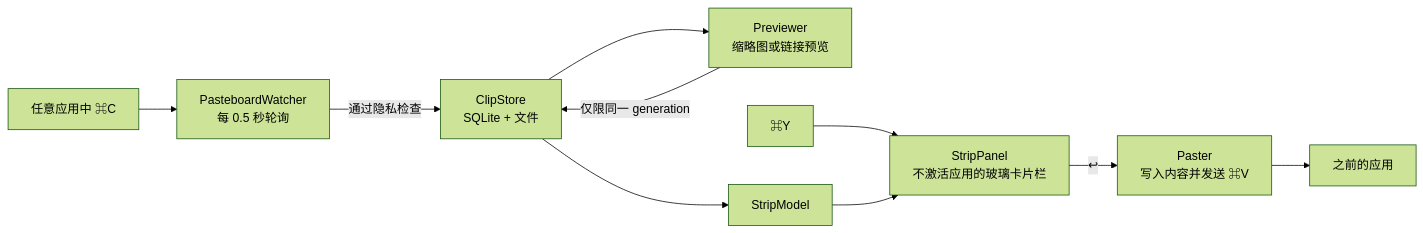
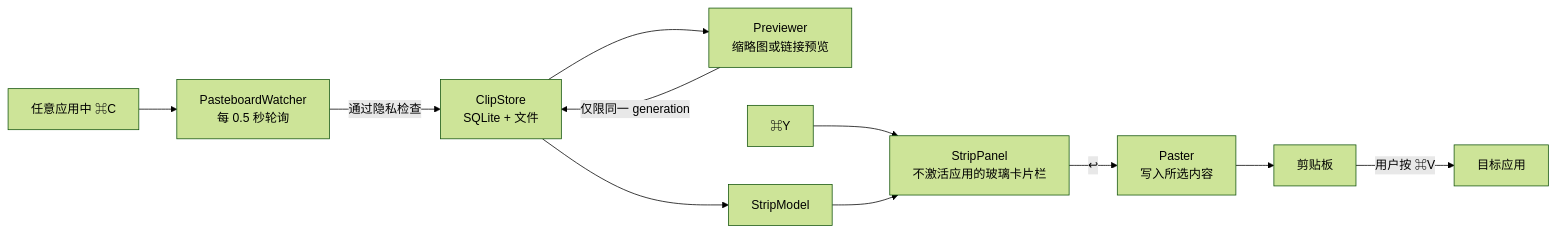
The diagram in wiki/Architecture-zh-CN.md (D0n9X1n/copia), drawn with Mermaid (forest theme) before and after one commit. The commit also changed other lines of this file and 90 other files, not shown here.

````diff
--- a/wiki/Architecture-zh-CN.md
+++ b/wiki/Architecture-zh-CN.md
@@ -18,12 +18,13 @@
 ```mermaid
 flowchart LR
     copy["任意应用中 ⌘C"] --> watcher["PasteboardWatcher<br/>每 0.5 秒轮询"]
     watcher -->|"通过隐私检查"| store["ClipStore<br/>SQLite + 文件"]
     store --> previewer["Previewer<br/>缩略图或链接预览"]
     previewer -->|"仅限同一 generation"| store
     store --> model["StripModel"]
     hotkey["⌘Y"] --> panel["StripPanel<br/>不激活应用的玻璃卡片栏"]
     model --> panel
-    panel -->|"↩"| paster["Paster<br/>写入内容并发送 ⌘V"]
-    paster --> app["之前的应用"]
+    panel -->|"↩"| paster["Paster<br/>写入所选内容"]
+    paster --> board["剪贴板"]
+    board -->|"用户按 ⌘V"| app["目标应用"]
 ```
````
